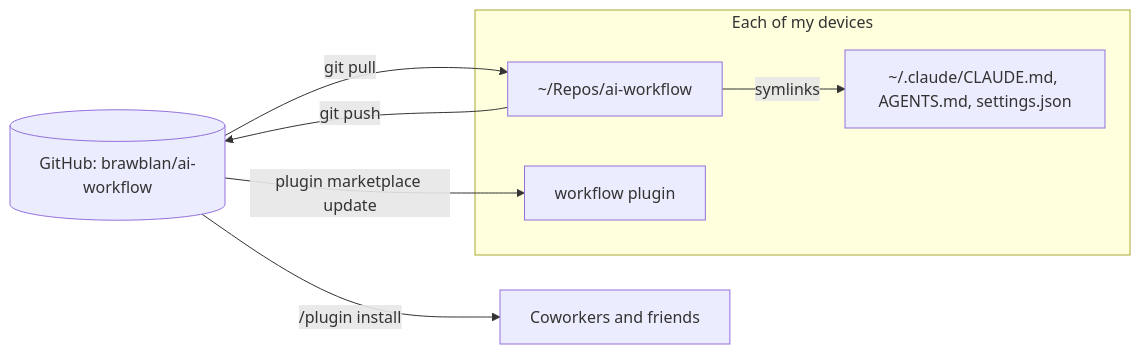
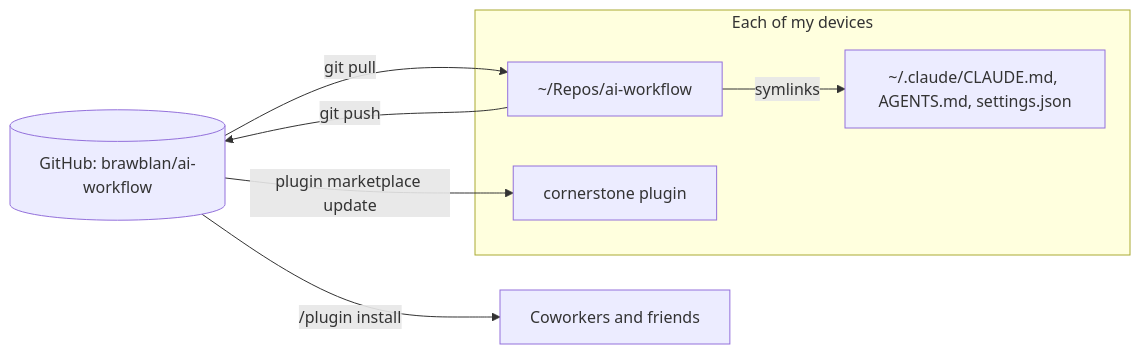
One commit to brawblan/ai-workflow changed the diagram in global/README.md. Above: the diagram before and after it, drawn with Mermaid. The commit also changed other lines of this file and 41 other files, not shown here.

First line of the commit message:
chore(plugin): rename the workflow plugin to cornerstone, and cornerstone-setup to setup

````diff
--- a/global/README.md
+++ b/global/README.md
@@ -14,12 +14,12 @@
 ```mermaid
 flowchart LR
   GH[(GitHub: brawblan/ai-workflow)]
   subgraph Device[Each of my devices]
     Clone[~/Repos/ai-workflow] -- symlinks --> Cfg[~/.claude/CLAUDE.md, AGENTS.md, settings.json]
-    Plugin[workflow plugin]
+    Plugin[cornerstone plugin]
   end
   Clone -- git push --> GH
   GH -- git pull --> Clone
   GH -- plugin marketplace update --> Plugin
   GH -- /plugin install --> Others[Coworkers and friends]
 ```
````
